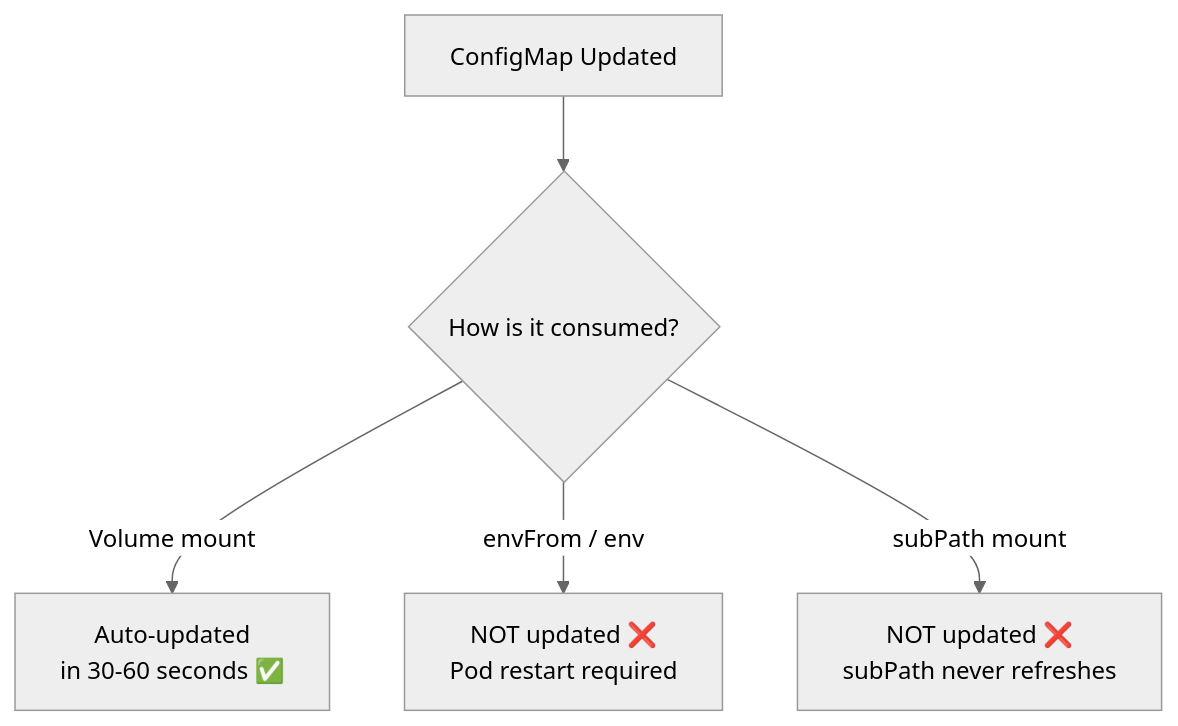
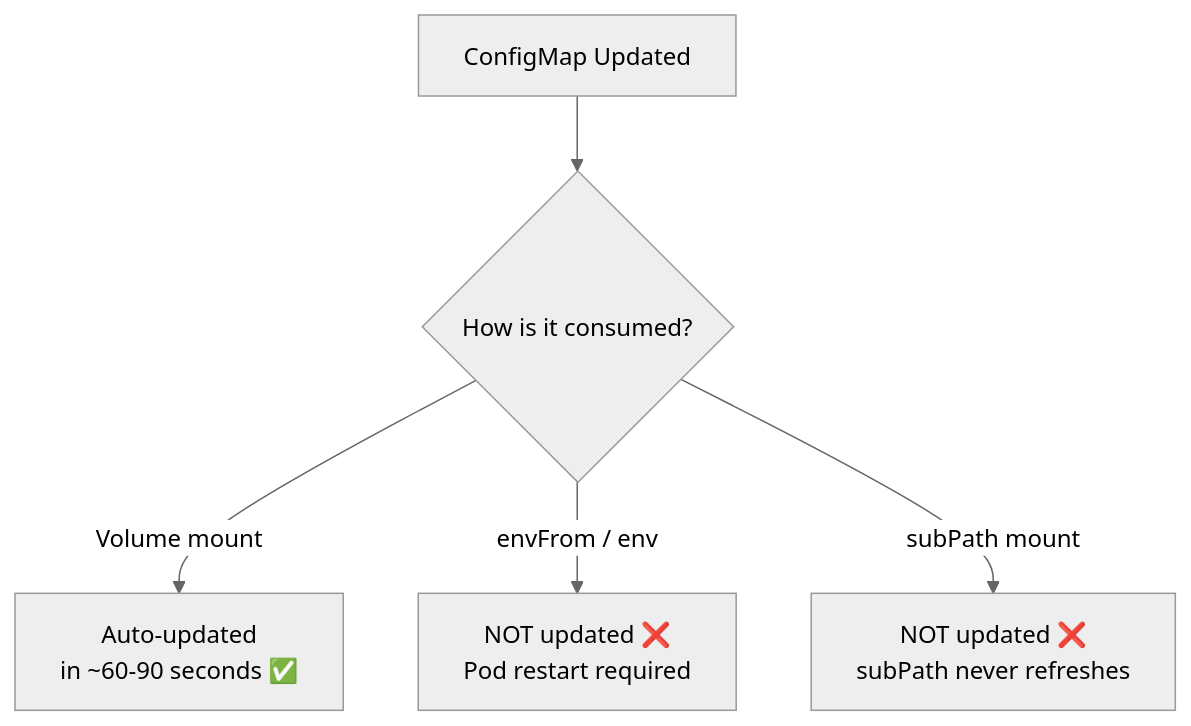
Before and after one commit to greg4fun/kubernetesrecipes.github.io: the diagram in src/content/recipes/kubernetes-configmap-hot-reload.md, drawn with Mermaid (neutral theme). The commit also changed other lines of this file and 537 other files, not shown here.

````diff
--- a/src/content/recipes/kubernetes-configmap-hot-reload.md
+++ b/src/content/recipes/kubernetes-configmap-hot-reload.md
@@ -29,7 +36,7 @@
 ```mermaid
 flowchart TB
     CM["ConfigMap Updated"] --> VOL{"How is it consumed?"}
-    VOL -->|"Volume mount"| AUTO["Auto-updated<br/>in 30-60 seconds ✅"]
+    VOL -->|"Volume mount"| AUTO["Auto-updated<br/>in ~60-90 seconds ✅"]
     VOL -->|"envFrom / env"| STUCK["NOT updated ❌<br/>Pod restart required"]
     VOL -->|"subPath mount"| STUCK2["NOT updated ❌<br/>subPath never refreshes"]
 ```
````
